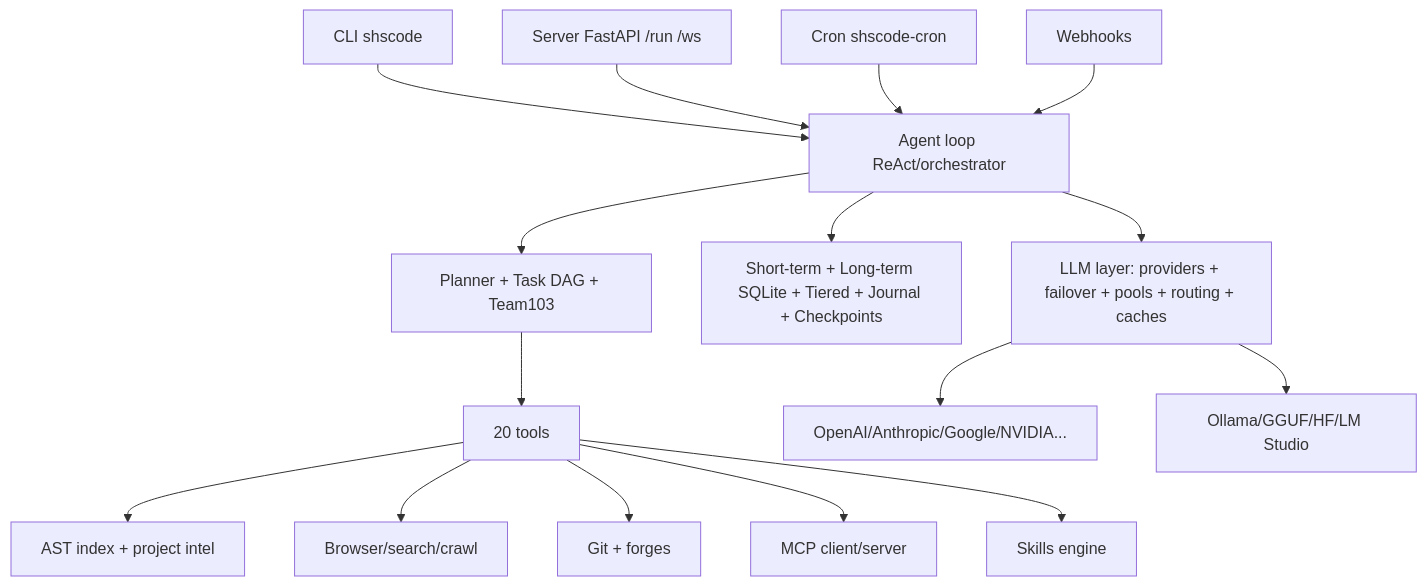
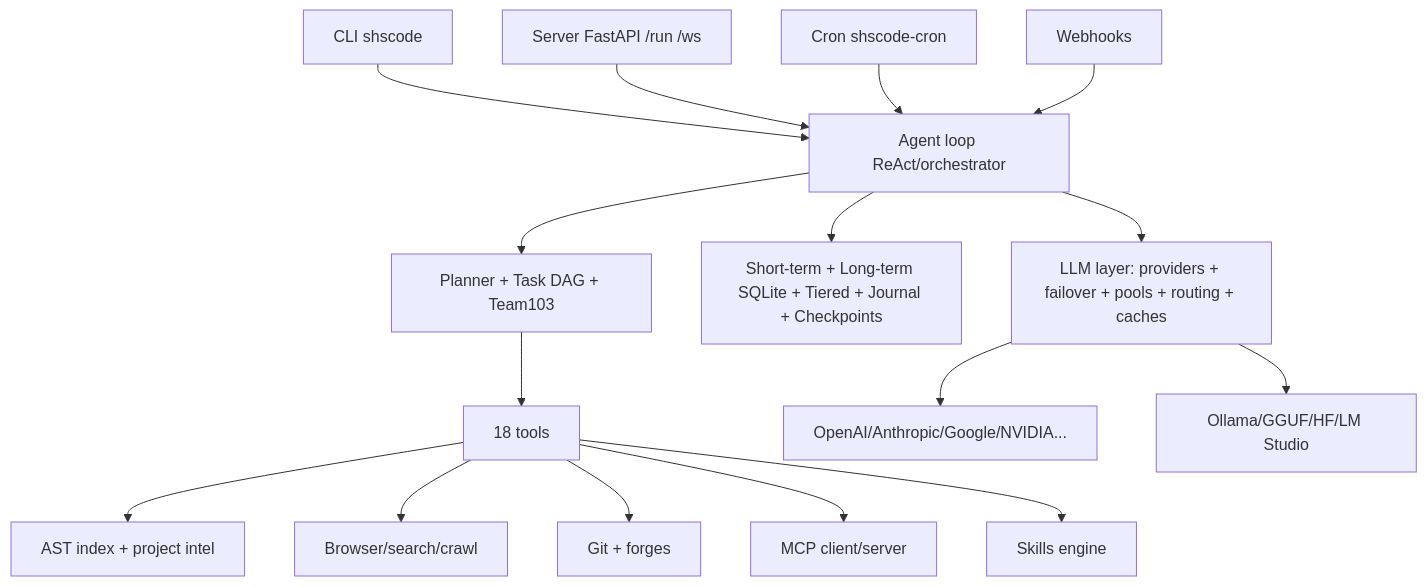
One commit to shslab-org/SHS-Code changed the first of 2 diagrams in README.md. Above: the diagram before and after it, drawn with Mermaid. The commit also changed other lines of this file, not shown here.

Commit message:
docs: README corrections from operator verification - 18 tools not 20, 29 skill files, matrix extra (v4.0.0 patch, no version bump)

````diff
--- a/README.md
+++ b/README.md
@@ -192,18 +192,18 @@
 ```mermaid
 flowchart TB
   CLI[CLI shscode] --> Agent[Agent loop ReAct/orchestrator]
   Server[Server FastAPI /run /ws] --> Agent
   Cron[Cron shscode-cron] --> Agent
   Webhook[Webhooks] --> Agent
   Agent --> Planner[Planner + Task DAG + Team103]
-  Planner --> Tools[20 tools]
+  Planner --> Tools[18 tools]
   Tools --> CodeIntel[AST index + project intel]
   Tools --> Browser[Browser/search/crawl]
   Tools --> Git[Git + forges]
   Tools --> MCP[MCP client/server]
   Tools --> Skills[Skills engine]
   Agent --> Memory[Short-term + Long-term SQLite + Tiered + Journal + Checkpoints]
   Agent --> LLM[LLM layer: providers + failover + pools + routing + caches]
   LLM --> Cloud[OpenAI/Anthropic/Google/NVIDIA...]
   LLM --> Local[Ollama/GGUF/HF/LM Studio]
 ```
````
